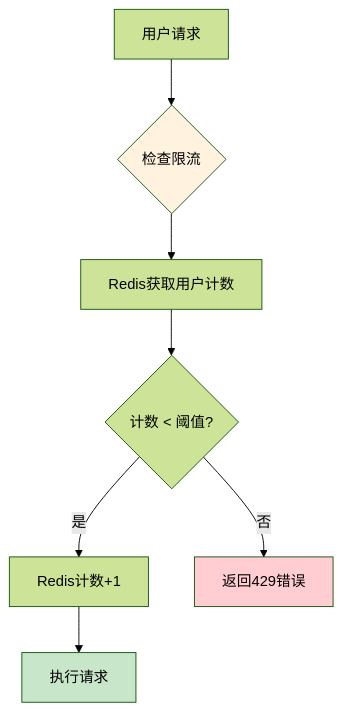
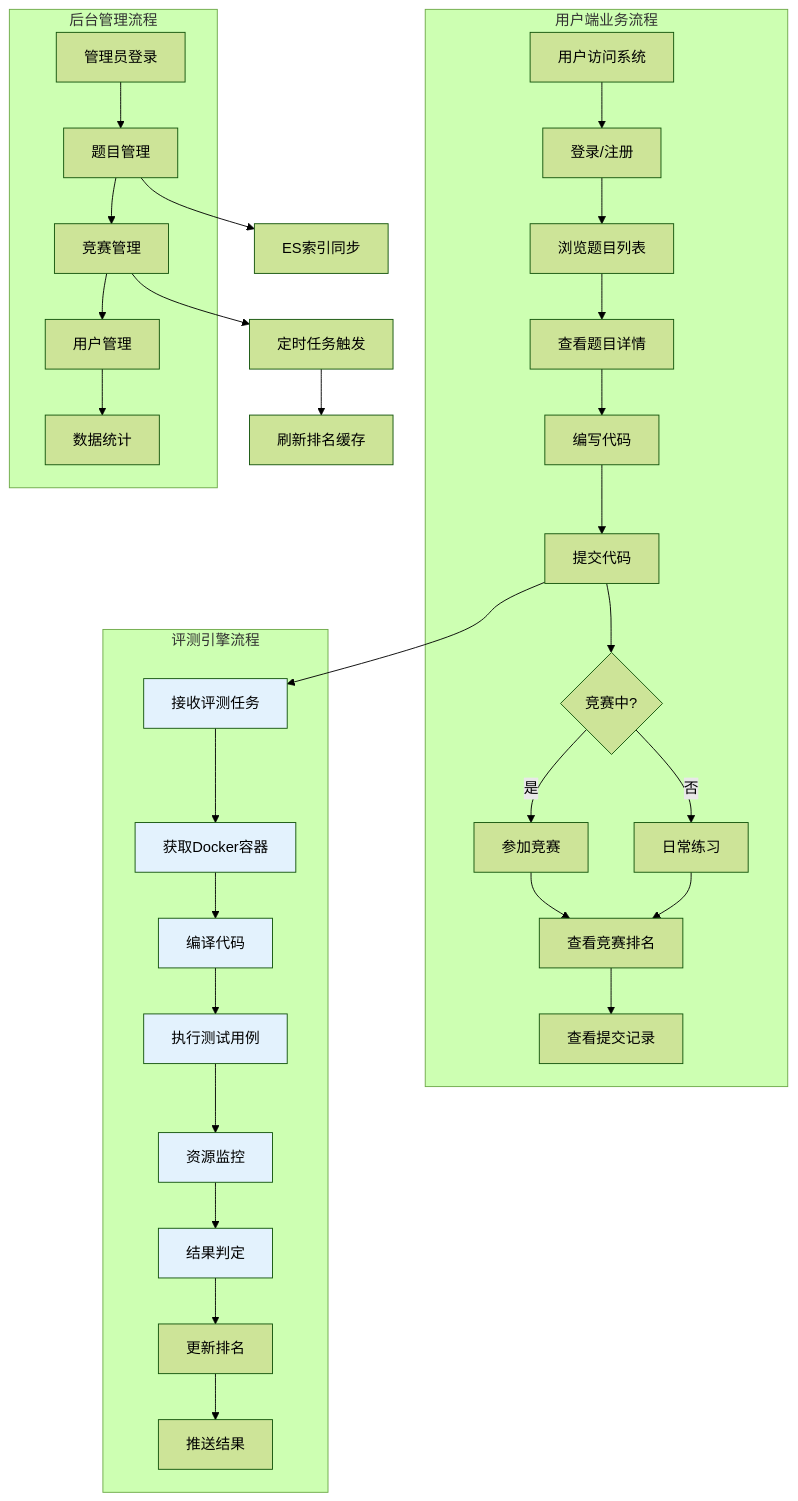
Before and after one commit to 1067367579/coding-arena: the third of 14 diagrams in README.md, drawn with Mermaid (forest theme). The commit also changed other lines of this file and 1 other file, not shown here.

````diff
--- a/README.md
+++ b/README.md
@@ -290,13 +195,45 @@
 ```mermaid
-flowchart TD
-    A[用户请求] --> B{检查限流}
-    B --> C[Redis获取用户计数]
-    C --> D{计数 < 阈值?}
-    D -->|是| E[Redis计数+1]
-    D -->|否| F[返回429错误]
-    E --> G[执行请求]
-    
-    style B fill:#fff3e0
-    style F fill:#ffcdd2
-    style G fill:#c8e6c9
+flowchart TB
+    subgraph 用户端业务流程
+        A[用户访问系统] --> B[登录/注册]
+        B --> C[浏览题目列表]
+        C --> D[查看题目详情]
+        D --> E[编写代码]
+        E --> F[提交代码]
+        F --> G{竞赛中?}
+        G -->|是| H[参加竞赛]
+        G -->|否| I[日常练习]
+        H --> J[查看竞赛排名]
+        I --> J
+        J --> K[查看提交记录]
+    end
+
+    subgraph 后台管理流程
+        L[管理员登录] --> M[题目管理]
+        M --> N[竞赛管理]
+        N --> O[用户管理]
+        O --> P[数据统计]
+    end
+
+    subgraph 评测引擎流程
+        Q[接收评测任务] --> R[获取Docker容器]
+        R --> S[编译代码]
+        S --> T[执行测试用例]
+        T --> U[资源监控]
+        U --> V[结果判定]
+        V --> W[更新排名]
+        W --> X[推送结果]
+    end
+
+    F --> Q
+    M --> Y[ES索引同步]
+    N --> Z[定时任务触发]
+    Z --> AA[刷新排名缓存]
+
+    style Q fill:#e3f2fd
+    style R fill:#e3f2fd
+    style S fill:#e3f2fd
+    style T fill:#e3f2fd
+    style U fill:#e3f2fd
+    style V fill:#e3f2fd
 ```
````
